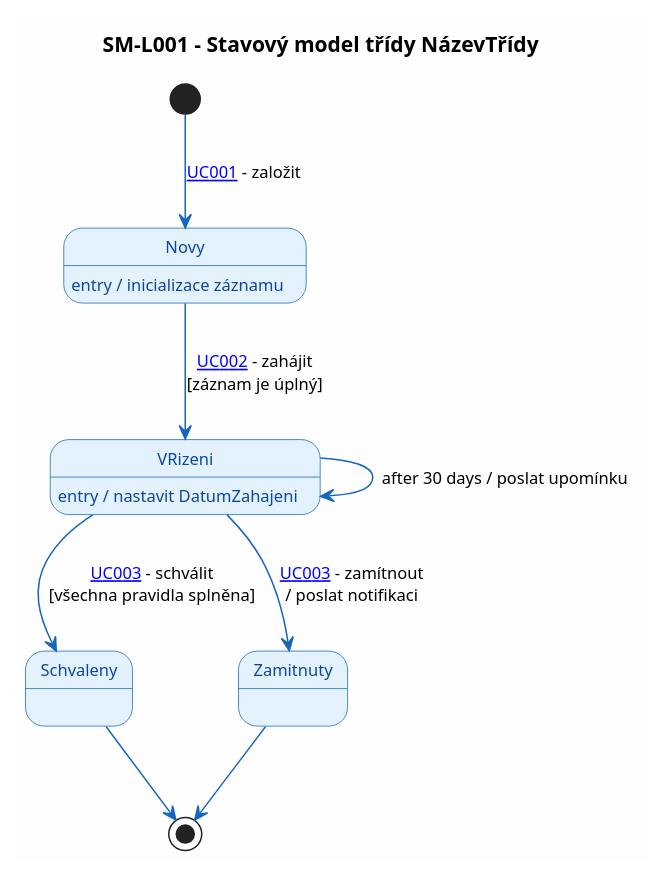
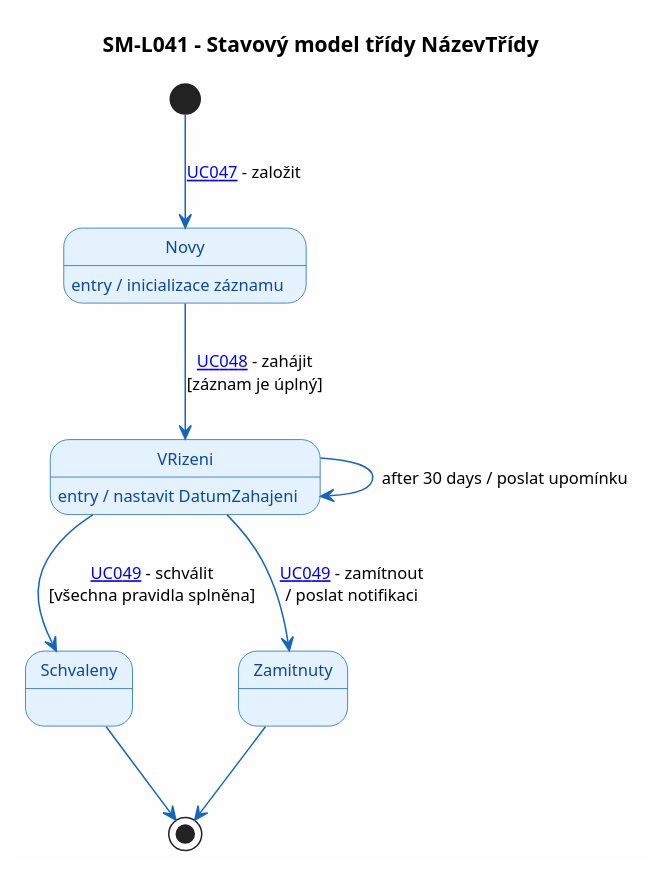
Before and after one commit to pvratny-droid/app.pvklok.eu: the diagram in c3hub/RQU005 - Katalog sluzeb/analyza-md/diagrams/sm_template.puml, drawn with PlantUML. The commit also changed 197 other files, not shown here.

```diff
--- a/c3hub/RQU005 - Katalog sluzeb/analyza-md/diagrams/sm_template.puml
+++ b/c3hub/RQU005 - Katalog sluzeb/analyza-md/diagrams/sm_template.puml
@@ -1,38 +1,38 @@
-@startuml SM-L001
+@startuml SM-L041
 skinparam defaultFontName "Segoe UI"
 skinparam defaultFontSize 11
 skinparam backgroundColor #FEFEFE
 skinparam state {
     BackgroundColor #E3F2FD
     BorderColor #1565C0
     FontColor #0D47A1
     ArrowColor #1565C0
 }
 
-title SM-L001 – Stavový model třídy NázevTřídy
+title SM-L041 – Stavový model třídy NázevTřídy
 
 ' === KONVENCE ===
 ' - Počáteční stav: [*] --> První
 ' - Koncový stav: Posledni --> [*]
 ' - Přechod s událostí: Stav1 --> Stav2 : událost
 ' - Přechod s guardem: Stav1 --> Stav2 : událost [guard]
 ' - Přechod s efektem: Stav1 --> Stav2 : událost / efekt
 ' - Vnitřní akce: Stav : entry / akce
 ' - Trigger = UC: Stav1 --> Stav2 : [[#uc-UC005 UC005]] – krátký popis\n[guard]
 '   (klikatelný odkaz `[[#anchor text]]` viewer převede na navigaci na anchor v 02_use_case_model.md)
 ' - Existující stavový diagram: stejný princip jako u ostatních prvků – označení v existing_elements.json
 
-[*] --> Novy : [[#uc-UC001 UC001]] – založit
+[*] --> Novy : [[#uc-UC047 UC047]] – založit
 
 state Novy : entry / inicializace záznamu
-Novy --> VRizeni : [[#uc-UC002 UC002]] – zahájit\n[záznam je úplný]
+Novy --> VRizeni : [[#uc-UC048 UC048]] – zahájit\n[záznam je úplný]
 
 state VRizeni : entry / nastavit DatumZahajeni
-VRizeni --> Schvaleny : [[#uc-UC003 UC003]] – schválit\n[všechna pravidla splněna]
-VRizeni --> Zamitnuty : [[#uc-UC003 UC003]] – zamítnout\n/ poslat notifikaci
+VRizeni --> Schvaleny : [[#uc-UC049 UC049]] – schválit\n[všechna pravidla splněna]
+VRizeni --> Zamitnuty : [[#uc-UC049 UC049]] – zamítnout\n/ poslat notifikaci
 VRizeni --> VRizeni : after 30 days / poslat upomínku
 
 Schvaleny --> [*]
 Zamitnuty --> [*]
 
 @enduml
```
